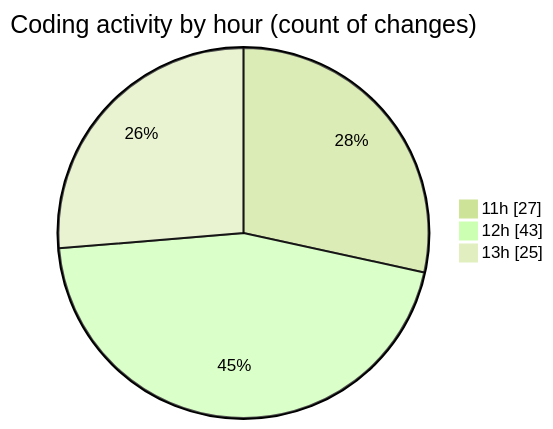
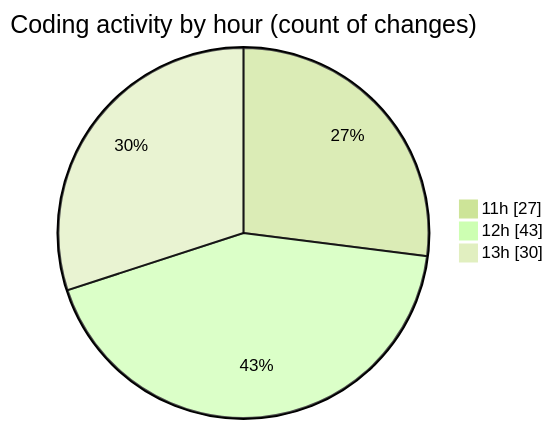
One commit to momahboobian/code-tracking changed the second of 2 diagrams in 2026-01-05/cda/README.md. Above: the diagram before and after it, drawn with Mermaid (forest theme). The commit also changed other lines of this file and 1 other file, not shown here.

````diff
--- a/2026-01-05/cda/README.md
+++ b/2026-01-05/cda/README.md
@@ -36,7 +36,7 @@
 ```mermaid
 pie showData
 title Coding activity by hour (count of changes)
 "11h" : 27
 "12h" : 43
-"13h" : 25
+"13h" : 30
 ```
````
